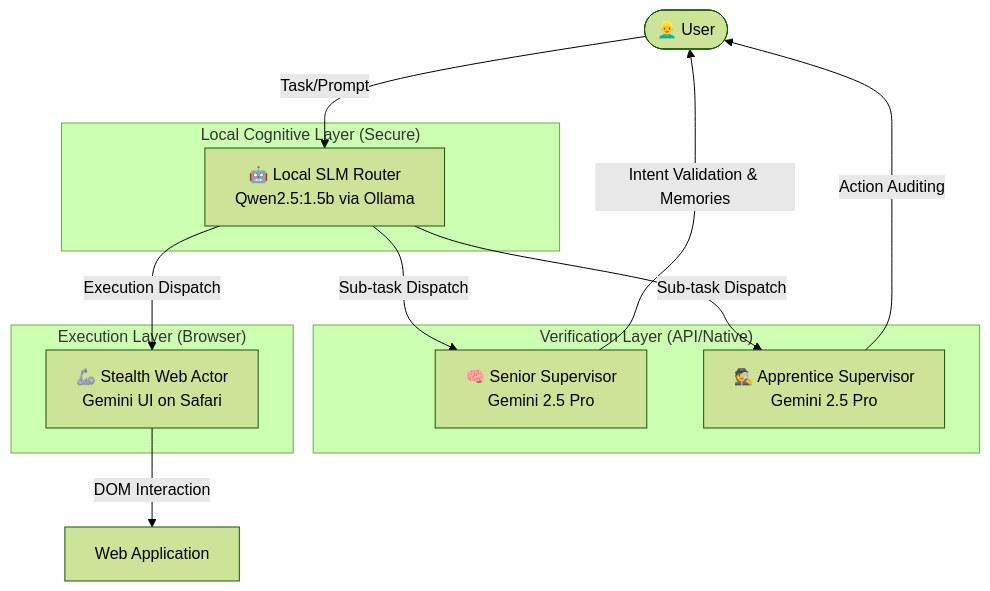
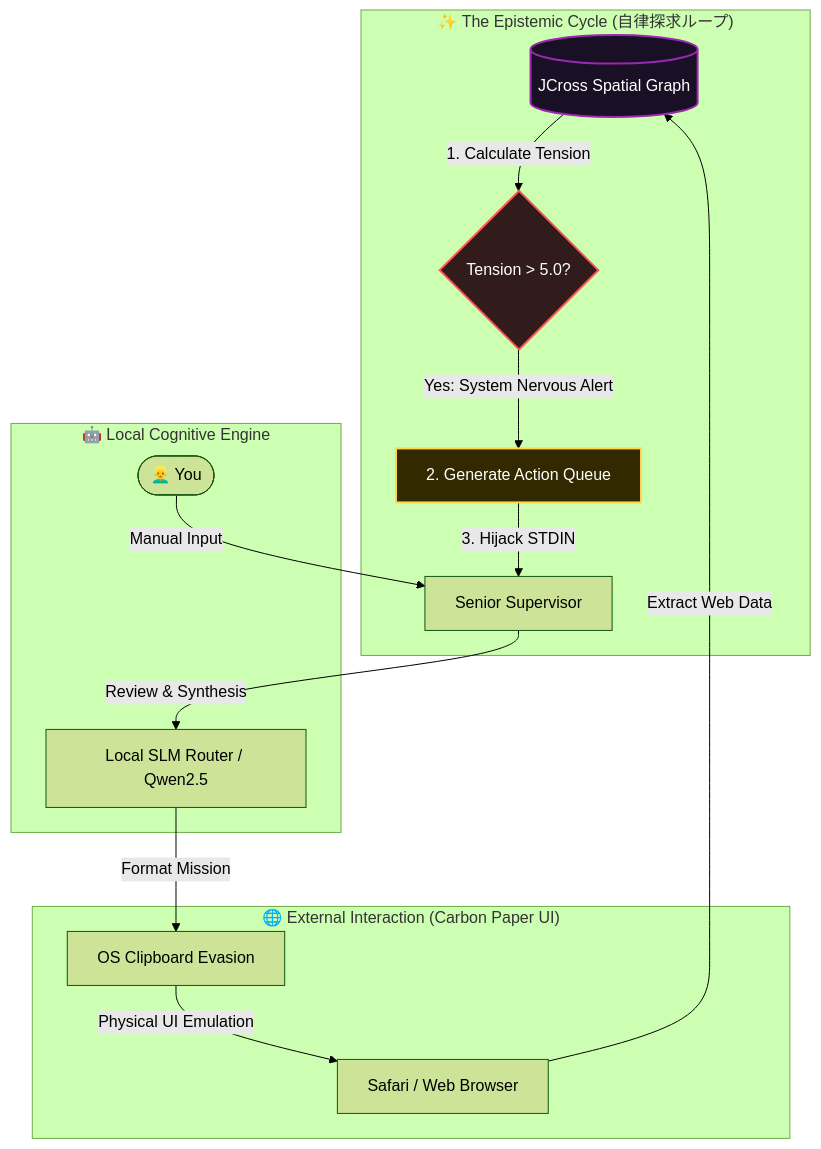
One commit to Ag3497120/verantyx-cortex changed the diagram in verantyx-browser/README.md. Above: the diagram before and after it, drawn with Mermaid (forest theme). The commit also changed other lines of this file, not shown here.

Commit message:
docs: revamp README to explain Epistemic Drive, Free Energy, and add architectures diagrams

````diff
--- a/verantyx-browser/README.md
+++ b/verantyx-browser/README.md
@@ -28,26 +38,23 @@
 ```mermaid
 graph TD
-    User([👱‍♂️ User]) -->|Task/Prompt| SLM
-    
-    subgraph "Local Cognitive Layer (Secure)"
-        SLM[🤖 Local SLM Router<br>Qwen2.5:1.5b via Ollama]
+    subgraph "✨ The Epistemic Cycle (自律探求ループ)"
+    JCross[(JCross Spatial Graph)] -->|1. Calculate Tension| Tension{Tension > 5.0?}
+    Tension -->|Yes: System Nervous Alert| AutoPrompt[2. Generate Action Queue]
+    AutoPrompt -->|3. Hijack STDIN| Supervisor[Senior Supervisor]
+    end
+
+    subgraph "🤖 Local Cognitive Engine"
+        User([👱‍♂️ You]) -->|Manual Input| Supervisor
+        Supervisor -->|Review & Synthesis| SLM[Local SLM Router / Qwen2.5]
+    end
+
+    subgraph "🌐 External Interaction (Carbon Paper UI)"
+        SLM -->|Format Mission| Clipboard[OS Clipboard Evasion]
+        Clipboard -->|Physical UI Emulation| Safari[Safari / Web Browser]
+        Safari -->|Extract Web Data| JCross
     end
     
-    subgraph "Verification Layer (API/Native)"
-        Senior[🧠 Senior Supervisor<br>Gemini 2.5 Pro]
-        Apprentice[🕵️ Apprentice Supervisor<br>Gemini 2.5 Pro]
-    end
-    
-    subgraph "Execution Layer (Browser)"
-        Worker[🦾 Stealth Web Actor<br>Gemini UI on Safari]
-    end
-    
-    SLM -->|Sub-task Dispatch| Senior
-    SLM -->|Sub-task Dispatch| Apprentice
-    SLM -->|Execution Dispatch| Worker
-    
-    Senior -->|Intent Validation & Memories| User
-    Apprentice -->|Action Auditing| User
-    
-    Worker -->|DOM Interaction| Target[Web Application]
+    style JCross fill:#1a1025,stroke:#9c27b0,stroke-width:2px,color:#fff
+    style Tension fill:#311b1b,stroke:#ff5252,stroke-width:2px,color:#fff
+    style AutoPrompt fill:#332900,stroke:#ffd54f,stroke-width:2px,color:#fff
 ```
````
